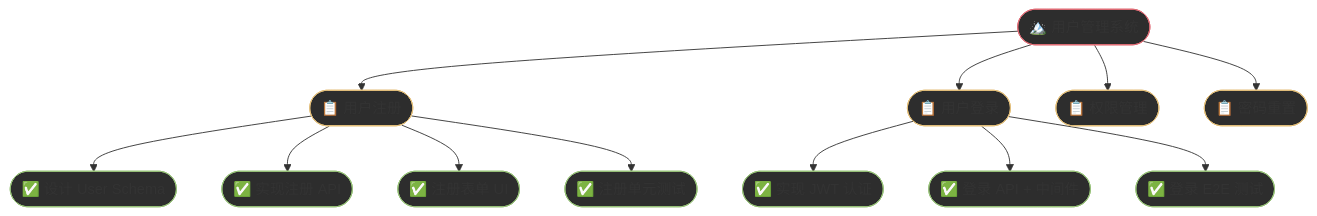
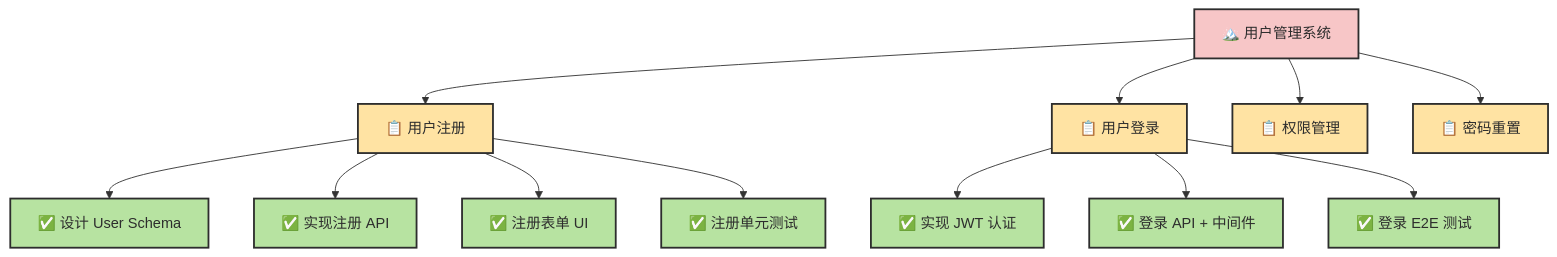
Before and after one commit to zht043/AgenticCodingTutorial: the sixth of 7 diagrams in docs/chapters/ch09-engineering.md, drawn with Mermaid. The commit also changed other lines of this file and 69 other files, not shown here.

Commit message:
optimize docs and add mermaid validation

````diff
--- a/docs/chapters/ch09-engineering.md
+++ b/docs/chapters/ch09-engineering.md
@@ -342,25 +338,33 @@
 ```mermaid
 flowchart TB
-    classDef epic fill:#2d2d2d,stroke:#e06c75
-    classDef story fill:#2d2d2d,stroke:#e5c07b
-    classDef task fill:#2d2d2d,stroke:#98c379
+    classDef epic fill:#f7c6c7,stroke:#2d2d2d,stroke-width:2px,color:#2d2d2d
+    classDef story fill:#ffe3a3,stroke:#2d2d2d,stroke-width:2px,color:#2d2d2d
+    classDef task fill:#b7e3a1,stroke:#2d2d2d,stroke-width:2px,color:#2d2d2d
 
-    Epic(["🏔️ 用户管理系统"]):::epic
+    Epic["🏔️ 用户管理系统"]:::epic
 
-    S1(["📋 用户注册"]):::story
-    S2(["📋 用户登录"]):::story
-    S3(["📋 权限管理"]):::story
-    S4(["📋 密码重置"]):::story
+    S1["📋 用户注册"]:::story
+    S2["📋 用户登录"]:::story
+    S3["📋 权限管理"]:::story
+    S4["📋 密码重置"]:::story
 
-    T1(["✅ 设计 User Schema"]):::task
-    T2(["✅ 实现注册 API"]):::task
-    T3(["✅ 注册表单 UI"]):::task
-    T4(["✅ 注册单元测试"]):::task
-    T5(["✅ 实现 JWT 认证"]):::task
-    T6(["✅ 登录 API + 中间件"]):::task
-    T7(["✅ 登录 E2E 测试"]):::task
+    T1["✅ 设计 User Schema"]:::task
+    T2["✅ 实现注册 API"]:::task
+    T3["✅ 注册表单 UI"]:::task
+    T4["✅ 注册单元测试"]:::task
+    T5["✅ 实现 JWT 认证"]:::task
+    T6["✅ 登录 API + 中间件"]:::task
+    T7["✅ 登录 E2E 测试"]:::task
 
-    Epic --> S1 & S2 & S3 & S4
-    S1 --> T1 & T2 & T3 & T4
-    S2 --> T5 & T6 & T7
+    Epic --> S1
+    Epic --> S2
+    Epic --> S3
+    Epic --> S4
+    S1 --> T1
+    S1 --> T2
+    S1 --> T3
+    S1 --> T4
+    S2 --> T5
+    S2 --> T6
+    S2 --> T7
 ```
````
